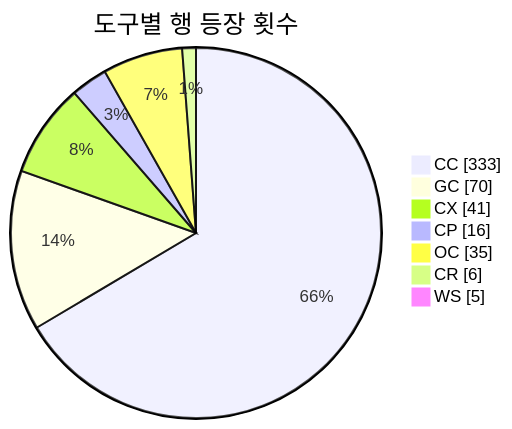
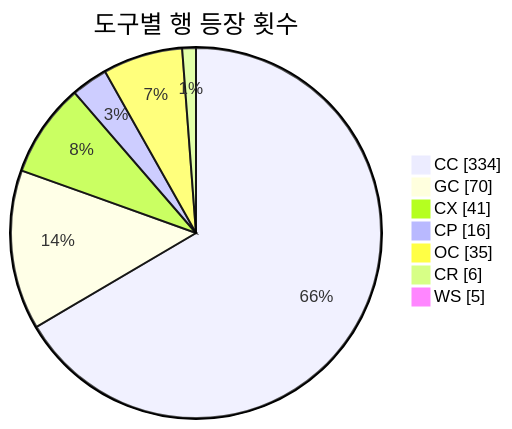
The second of 3 diagrams in README.md (J-nowcow/awesome-korean-agent-skills), drawn with Mermaid before and after one commit. The commit also changed other lines of this file and 4 other files, not shown here.

````diff
--- a/README.md
+++ b/README.md
@@ -193,11 +193,11 @@
 ```mermaid
 pie showData
     title 도구별 행 등장 횟수
-    "CC" : 333
+    "CC" : 334
     "GC" : 70
     "CX" : 41
     "CP" : 16
     "OC" : 35
     "CR" : 6
     "WS" : 5
 ```
````
